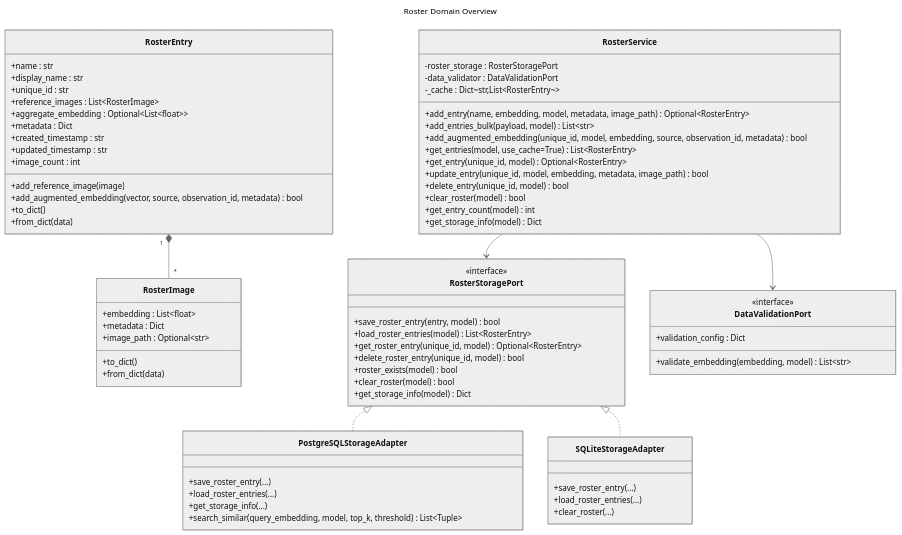
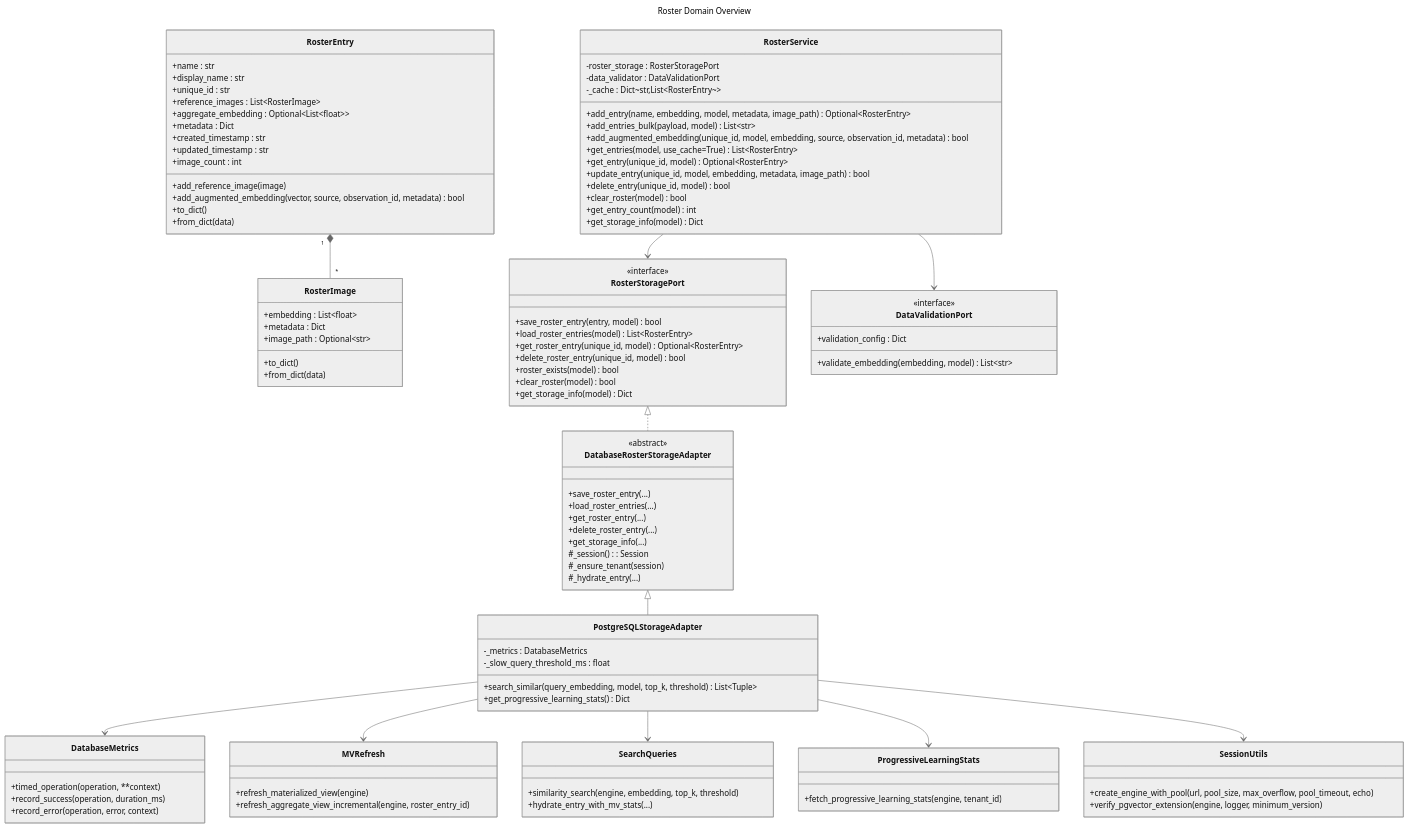
The diagram in docs/architecture/backend-recognition-service/domain/roster_domain.mmd (darce/context-alt-text-monorepo), drawn with Mermaid (neutral theme) before and after one commit. The commit also changed 2 other files, not shown here.

Commit message:
docs(architecture): Update PostgreSQL roster adapter diagrams
README.md:
- Add postgres_roster_adapter.mmd reference
- Document module split inside PostgreSQL adapter

roster_domain.mmd:
- Add DatabaseRosterStorageAdapter base class
- Document PostgreSQL adapter hierarchy
- Add supporting modules (DatabaseMetrics, MVRefresh, SearchQueries, etc.)

postgres_roster_adapter.mmd:
- New diagram showing adapter layer modules
- Document support modules (metrics, mv_refresh, queries, stats, session)
- Show dependencies between adapter and supporting modules

```diff
--- a/docs/architecture/backend-recognition-service/domain/roster_domain.mmd
+++ b/docs/architecture/backend-recognition-service/domain/roster_domain.mmd
@@ -1,79 +1,115 @@
 ---
 title: Roster Domain Overview
 ---
 classDiagram
     class RosterImage {
         +embedding : List~float~
         +metadata : Dict
         +image_path : Optional~str~
         +to_dict()
         +from_dict(data)
     }
 
     class RosterEntry {
         +name : str
         +display_name : str
         +unique_id : str
         +reference_images : List~RosterImage~
         +aggregate_embedding : Optional~List~float~~
         +metadata : Dict
         +created_timestamp : str
         +updated_timestamp : str
         +image_count : int
         +add_reference_image(image)
         +add_augmented_embedding(vector, source, observation_id, metadata) bool
         +to_dict()
         +from_dict(data)
     }
 
     class RosterStoragePort {
         <<interface>>
         +save_roster_entry(entry, model) bool
         +load_roster_entries(model) List~RosterEntry~
         +get_roster_entry(unique_id, model) Optional~RosterEntry~
         +delete_roster_entry(unique_id, model) bool
         +roster_exists(model) bool
         +clear_roster(model) bool
         +get_storage_info(model) Dict
     }
 
     class DataValidationPort {
         <<interface>>
         +validate_embedding(embedding, model) List~str~
         +validation_config : Dict
     }
 
     class RosterService {
         -roster_storage : RosterStoragePort
         -data_validator : DataValidationPort
         -_cache : Dict~str,List~RosterEntry~~
         +add_entry(name, embedding, model, metadata, image_path) Optional~RosterEntry~
         +add_entries_bulk(payload, model) List~str~
         +add_augmented_embedding(unique_id, model, embedding, source, observation_id, metadata) bool
         +get_entries(model, use_cache=True) List~RosterEntry~
         +get_entry(unique_id, model) Optional~RosterEntry~
         +update_entry(unique_id, model, embedding, metadata, image_path) bool
         +delete_entry(unique_id, model) bool
         +clear_roster(model) bool
         +get_entry_count(model) int
         +get_storage_info(model) Dict
     }
 
-    class PostgreSQLStorageAdapter {
+    class DatabaseRosterStorageAdapter {
+        <<abstract>>
         +save_roster_entry(...)
         +load_roster_entries(...)
+        +get_roster_entry(...)
+        +delete_roster_entry(...)
         +get_storage_info(...)
-        +search_similar(query_embedding, model, top_k, threshold) List~Tuple~
+        #_session() : Session
+        #_ensure_tenant(session)
+        #_hydrate_entry(...)
     }
 
-    class SQLiteStorageAdapter {
-        +save_roster_entry(...)
-        +load_roster_entries(...)
-        +clear_roster(...)
+    class PostgreSQLStorageAdapter {
+        +search_similar(query_embedding, model, top_k, threshold) List~Tuple~
+        +get_progressive_learning_stats() Dict
+        -_metrics : DatabaseMetrics
+        -_slow_query_threshold_ms : float
+    }
+
+    class DatabaseMetrics {
+        +timed_operation(operation, **context)
+        +record_success(operation, duration_ms)
+        +record_error(operation, error, context)
+    }
+
+    class MVRefresh {
+        +refresh_materialized_view(engine)
+        +refresh_aggregate_view_incremental(engine, roster_entry_id)
+    }
+
+    class SearchQueries {
+        +similarity_search(engine, embedding, top_k, threshold)
+        +hydrate_entry_with_mv_stats(...)
+    }
+
+    class ProgressiveLearningStats {
+        +fetch_progressive_learning_stats(engine, tenant_id)
+    }
+
+    class SessionUtils {
+        +create_engine_with_pool(url, pool_size, max_overflow, pool_timeout, echo)
+        +verify_pgvector_extension(engine, logger, minimum_version)
     }
 
     RosterEntry "1" *-- "*" RosterImage
     RosterService --> RosterStoragePort
     RosterService --> DataValidationPort
-    RosterStoragePort <|.. PostgreSQLStorageAdapter
-    RosterStoragePort <|.. SQLiteStorageAdapter
+    RosterStoragePort <|.. DatabaseRosterStorageAdapter
+    DatabaseRosterStorageAdapter <|-- PostgreSQLStorageAdapter
+    PostgreSQLStorageAdapter --> DatabaseMetrics
+    PostgreSQLStorageAdapter --> MVRefresh
+    PostgreSQLStorageAdapter --> SearchQueries
+    PostgreSQLStorageAdapter --> ProgressiveLearningStats
+    PostgreSQLStorageAdapter --> SessionUtils
```
